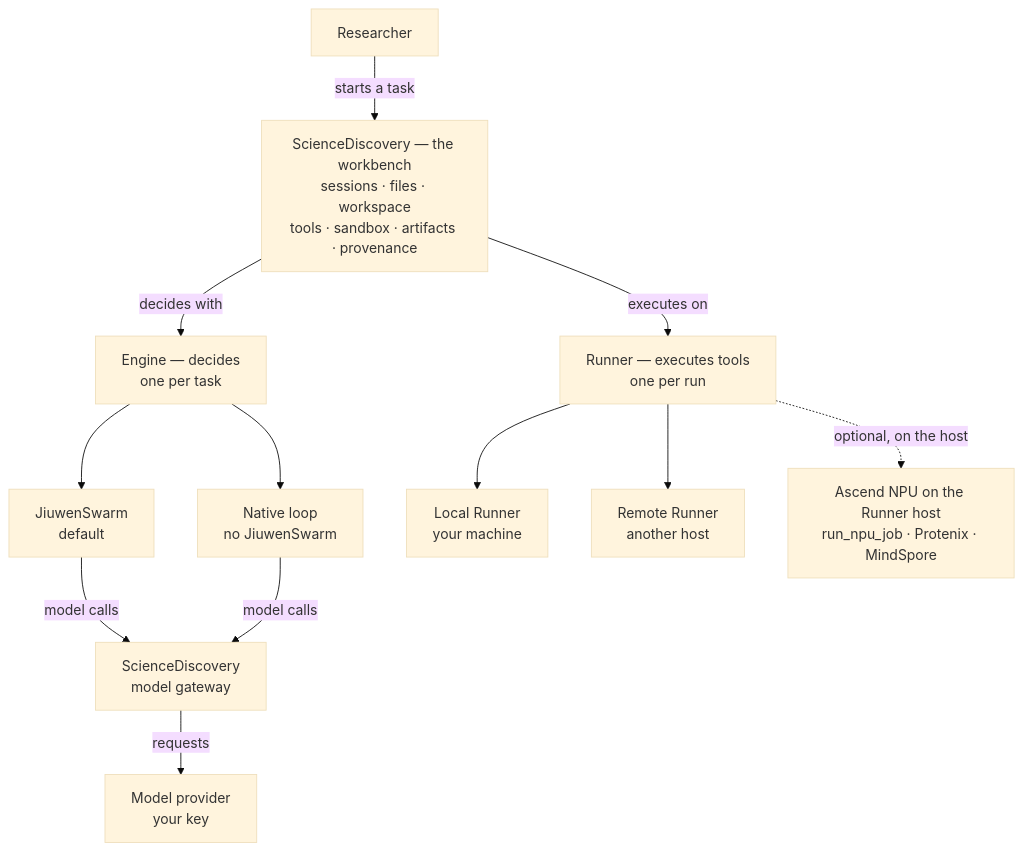
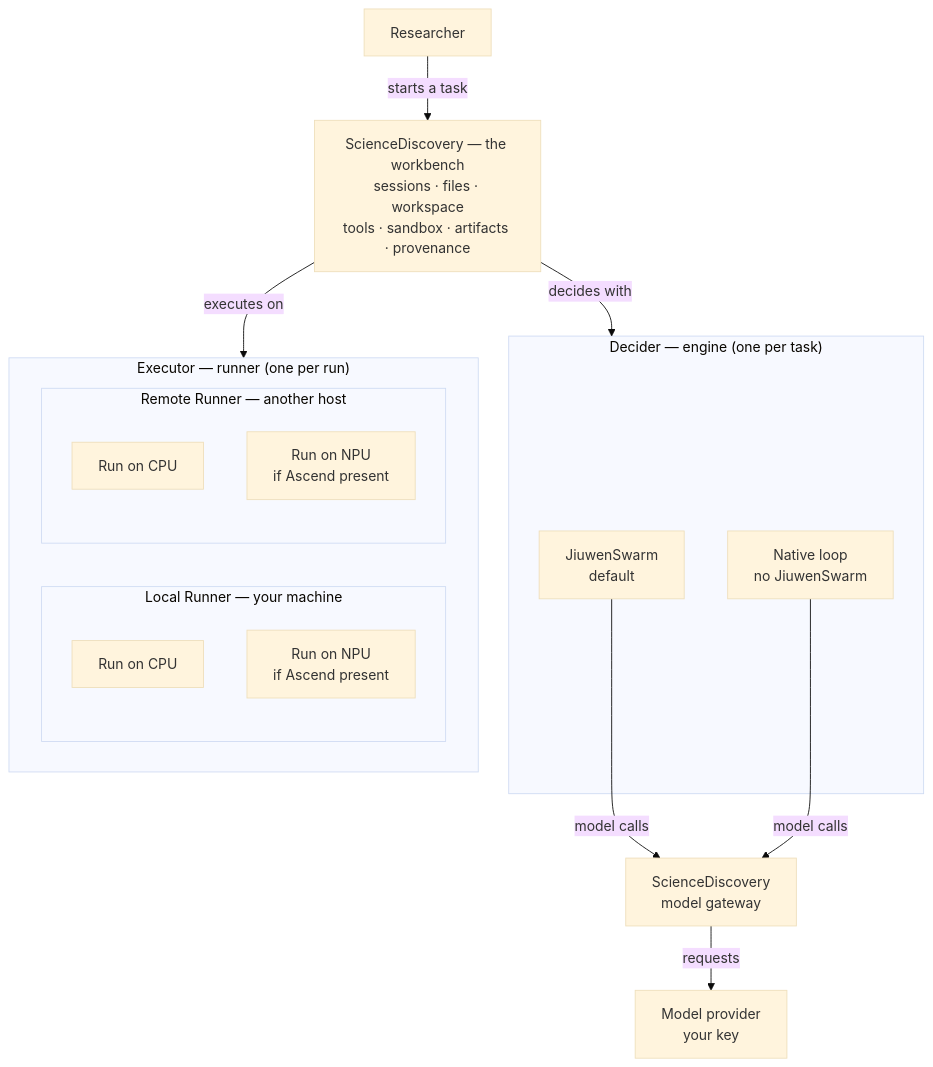
Before and after one commit to michaelatamuk/agentic-desk: the first of 5 diagrams in company/sciencediscovery/overview.md, drawn with Mermaid (base theme). The commit also changed other lines of this file, not shown here.

Commit message:
docs(company): group decider and executor, with CPU and NPU paths

````diff
--- a/company/sciencediscovery/overview.md
+++ b/company/sciencediscovery/overview.md
@@ -32,27 +32,31 @@
 ```mermaid
 flowchart TD
   R["Researcher"]
   SD["ScienceDiscovery — the workbench<br/>sessions · files · workspace<br/>tools · sandbox · artifacts · provenance"]
-  ENG["Engine — decides<br/>one per task"]
-  JS["JiuwenSwarm<br/>default"]
-  NL["Native loop<br/>no JiuwenSwarm"]
+
+  subgraph DEC["Decider — engine (one per task)"]
+    JS["JiuwenSwarm<br/>default"]
+    NL["Native loop<br/>no JiuwenSwarm"]
+  end
+
+  subgraph EXE["Executor — runner (one per run)"]
+    subgraph LOCAL["Local Runner — your machine"]
+      LC["Run on CPU"]
+      LN["Run on NPU<br/>if Ascend present"]
+    end
+    subgraph REMOTE["Remote Runner — another host"]
+      RC["Run on CPU"]
+      RN["Run on NPU<br/>if Ascend present"]
+    end
+  end
+
   GW["ScienceDiscovery<br/>model gateway"]
   MP["Model provider<br/>your key"]
-  RUN["Runner — executes tools<br/>one per run"]
-  LR["Local Runner<br/>your machine"]
-  RR["Remote Runner<br/>another host"]
-  NPU["Ascend NPU on the Runner host<br/>run_npu_job · Protenix · MindSpore"]
 
   R -->|"starts a task"| SD
-  SD -->|"decides with"| ENG
-  ENG --> JS
-  ENG --> NL
+  SD -->|"decides with"| DEC
   JS -->|"model calls"| GW
   NL -->|"model calls"| GW
   GW -->|"requests"| MP
-
-  SD -->|"executes on"| RUN
-  RUN --> LR
-  RUN --> RR
-  RUN -.->|"optional, on the host"| NPU
+  SD -->|"executes on"| EXE
 ```
````
